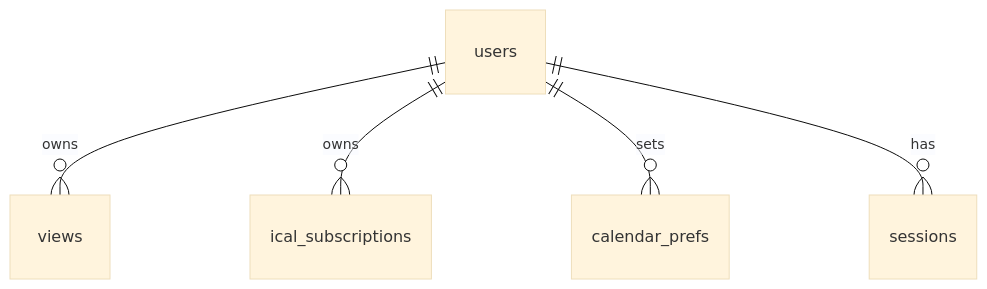
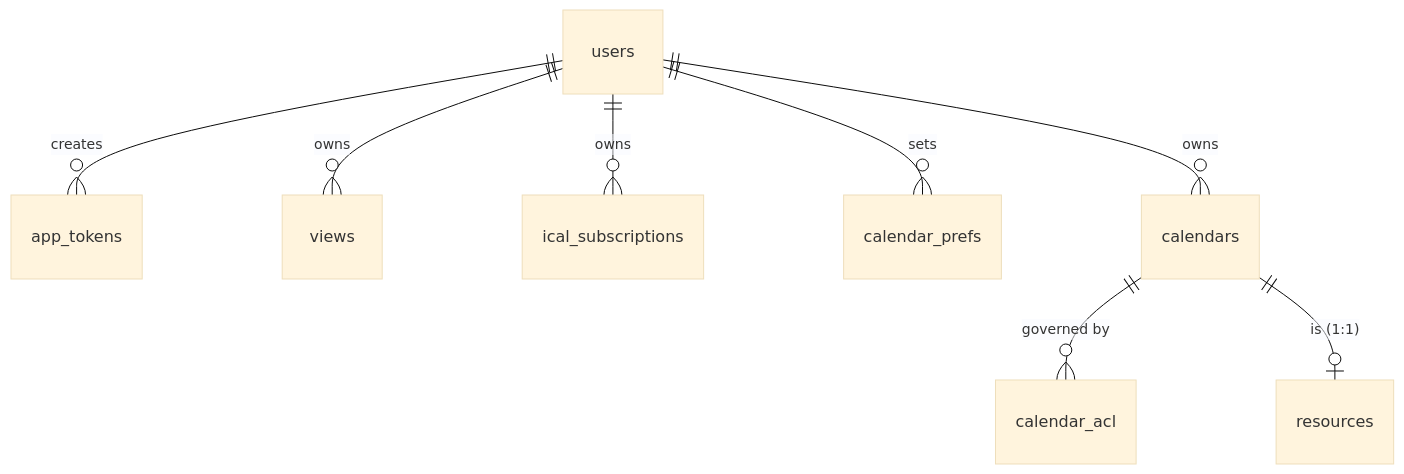
One commit to ByteSquire/web-calendar changed the second of 3 diagrams in docs/design.md. Above: the diagram before and after it, drawn with Mermaid (base theme). The commit also changed other lines of this file and 15 other files, not shown here.

````diff
--- a/docs/design.md
+++ b/docs/design.md
@@ -129,7 +148,10 @@
 ```mermaid
 erDiagram
+    users ||--o{ app_tokens : creates
     users ||--o{ views : owns
     users ||--o{ ical_subscriptions : owns
     users ||--o{ calendar_prefs : sets
-    users ||--o{ sessions : has
+    users ||--o{ calendars : owns
+    calendars ||--o{ calendar_acl : "governed by"
+    calendars ||--o| resources : "is (1:1)"
 ```
````
